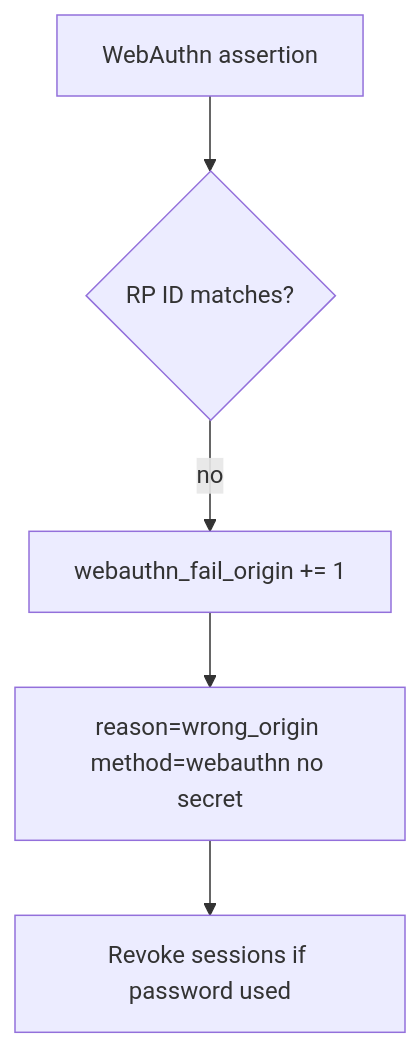
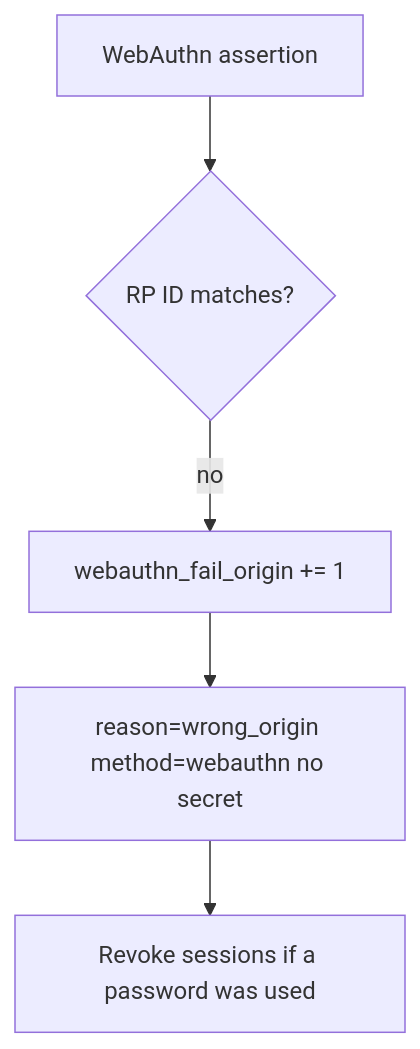
The diagram in content/modules/4/4.2/lessons/06-operate.md (ishitvagoel/LearnSecurity), drawn with Mermaid before and after one commit. The commit also changed other lines of this file and 39 other files, not shown here.

````diff
--- a/content/modules/4/4.2/lessons/06-operate.md
+++ b/content/modules/4/4.2/lessons/06-operate.md
@@ -13,7 +12,7 @@
 ```mermaid
 flowchart TD
   Assert[WebAuthn assertion] --> Origin{"RP ID matches?"}
   Origin -->|no| Metric["webauthn_fail_origin += 1"]
   Metric --> Alert["reason=wrong_origin method=webauthn no secret"]
-  Alert --> Revoke[Revoke sessions if password used]
+  Alert --> Revoke[Revoke sessions if a password was used]
 ```
````
